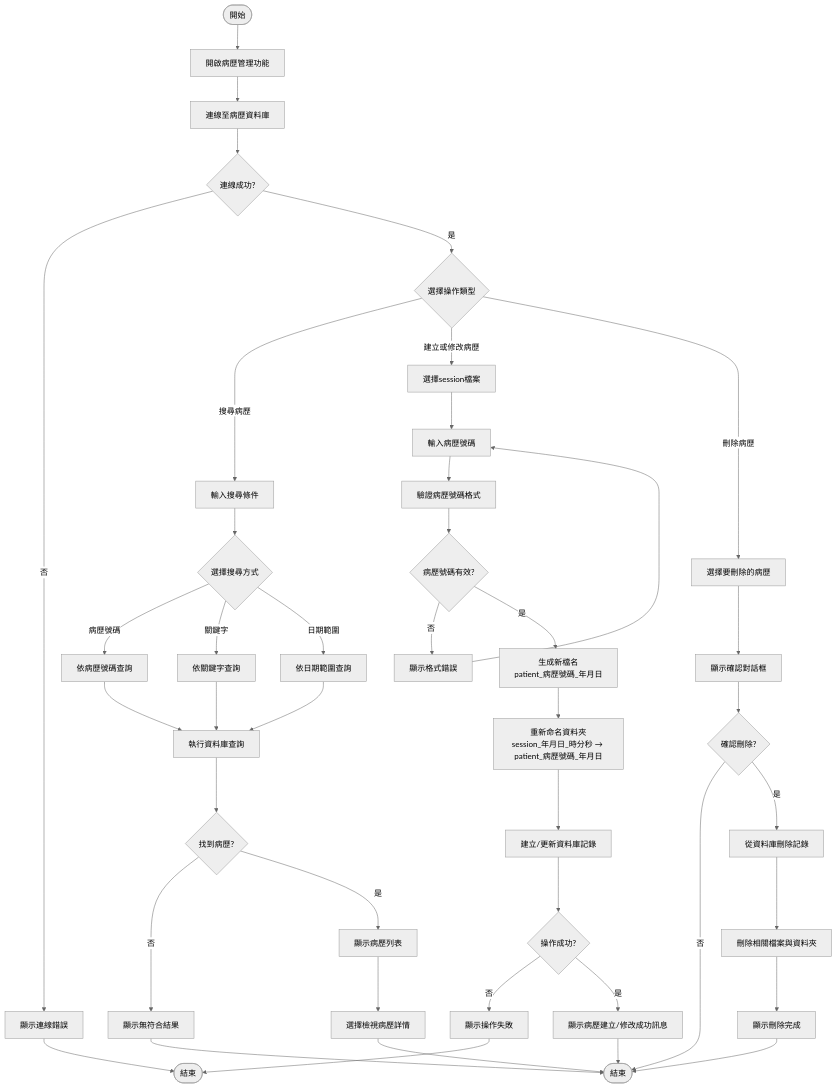
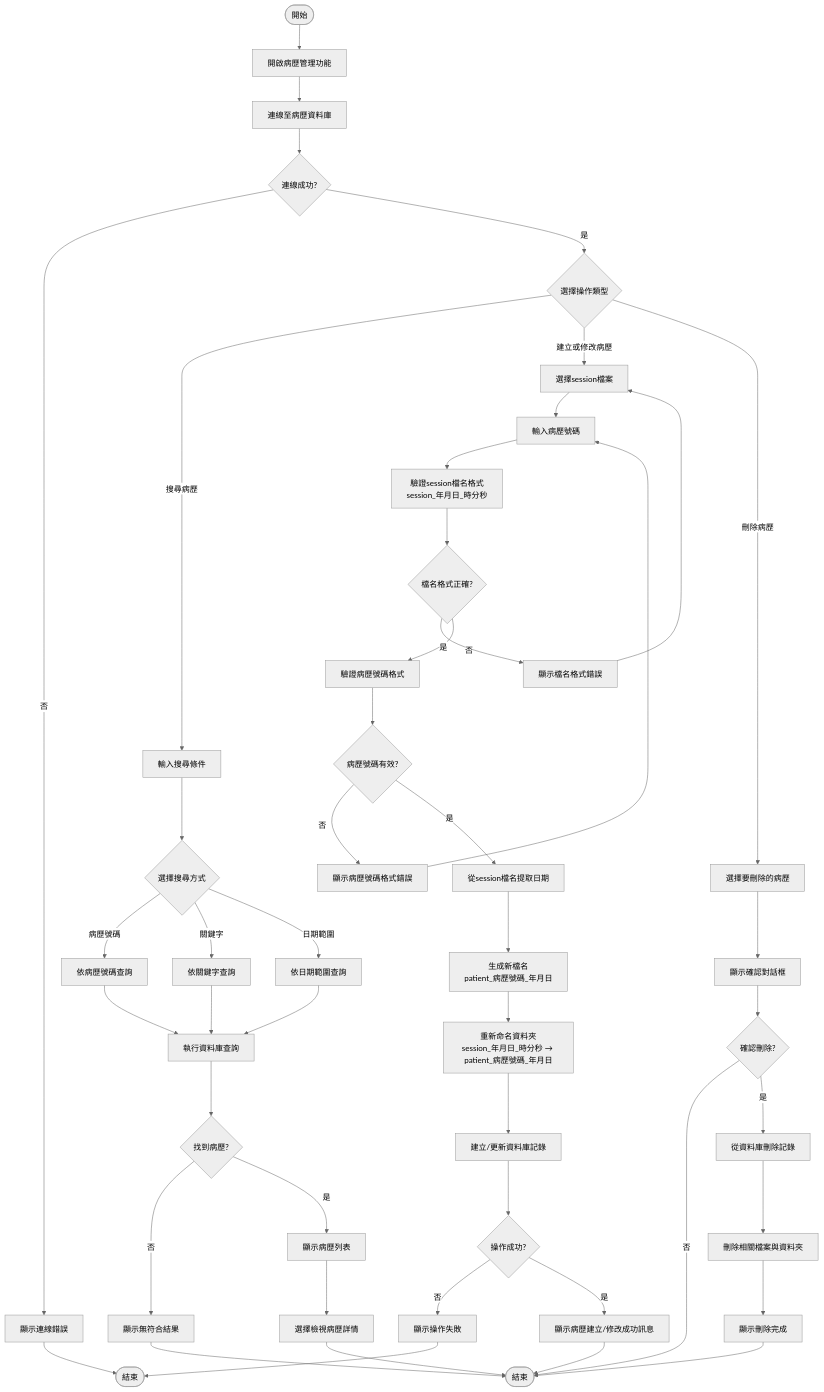
The ninth of 9 diagrams in hw5.md (Zero-cloud112/project), drawn with Mermaid (neutral theme) before and after one commit. The commit also changed other lines of this file, not shown here.

Commit message:
Address code review feedback - improve validation and method signature

````diff
--- a/hw5.md
+++ b/hw5.md
@@ -641,49 +642,54 @@
 ```mermaid
 flowchart TD
     Start([開始]) --> A[開啟病歷管理功能]
     A --> B[連線至病歷資料庫]
     B --> C{連線成功?}
     C -->|否| D[顯示連線錯誤]
     D --> End1([結束])
     
     C -->|是| E{選擇操作類型}
     
     E -->|搜尋病歷| F[輸入搜尋條件]
     F --> G{選擇搜尋方式}
     G -->|病歷號碼| H[依病歷號碼查詢]
     G -->|關鍵字| I[依關鍵字查詢]
     G -->|日期範圍| J[依日期範圍查詢]
     H --> K[執行資料庫查詢]
     I --> K
     J --> K
     K --> L{找到病歷?}
     L -->|否| M[顯示無符合結果]
     M --> End2([結束])
     L -->|是| N[顯示病歷列表]
     N --> O[選擇檢視病歷詳情]
     O --> End2
     
     E -->|建立或修改病歷| P[選擇session檔案]
     P --> Q[輸入病歷號碼]
-    Q --> R[驗證病歷號碼格式]
-    R --> S{病歷號碼有效?}
-    S -->|否| T[顯示格式錯誤]
+    Q --> R[驗證session檔名格式<br/>session_年月日_時分秒]
+    R --> S{檔名格式正確?}
+    S -->|否| T1[顯示檔名格式錯誤]
+    T1 --> P
+    S -->|是| U[驗證病歷號碼格式]
+    U --> V{病歷號碼有效?}
+    V -->|否| T[顯示病歷號碼格式錯誤]
     T --> Q
-    S -->|是| U[生成新檔名<br/>patient_病歷號碼_年月日]
-    U --> V[重新命名資料夾<br/>session_年月日_時分秒 → patient_病歷號碼_年月日]
-    V --> W[建立/更新資料庫記錄]
-    W --> X{操作成功?}
-    X -->|否| Y[顯示操作失敗]
-    Y --> End1
-    X -->|是| Z[顯示病歷建立/修改成功訊息]
-    Z --> End2
+    V -->|是| W[從session檔名提取日期]
+    W --> X[生成新檔名<br/>patient_病歷號碼_年月日]
+    X --> Y[重新命名資料夾<br/>session_年月日_時分秒 → patient_病歷號碼_年月日]
+    Y --> Z[建立/更新資料庫記錄]
+    Z --> AA{操作成功?}
+    AA -->|否| AB[顯示操作失敗]
+    AB --> End1
+    AA -->|是| AC[顯示病歷建立/修改成功訊息]
+    AC --> End2
     
     E -->|刪除病歷| AF[選擇要刪除的病歷]
     AF --> AG[顯示確認對話框]
     AG --> AH{確認刪除?}
     AH -->|否| End2
     AH -->|是| AI[從資料庫刪除記錄]
     AI --> AJ[刪除相關檔案與資料夾]
     AJ --> AK[顯示刪除完成]
     AK --> End2
 ```
````
